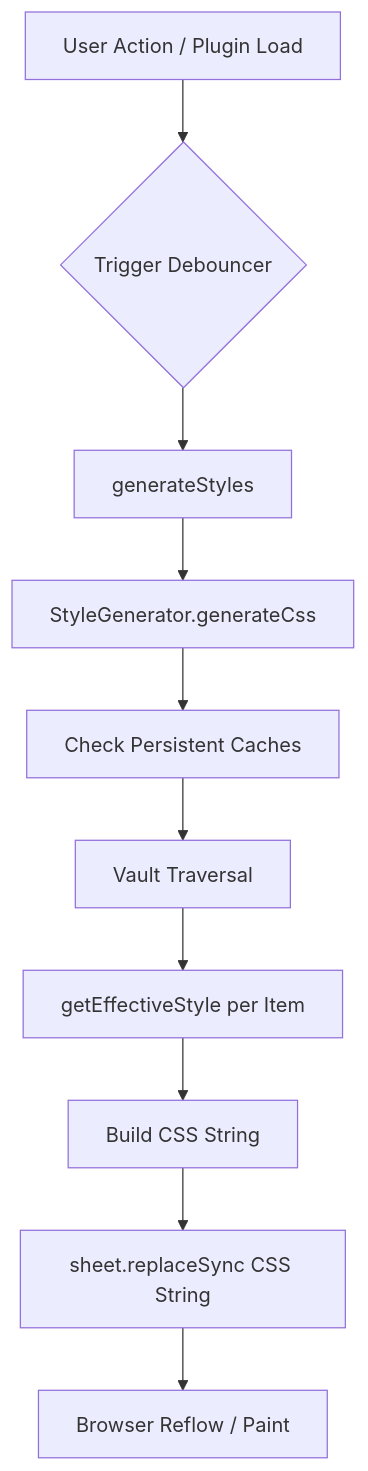
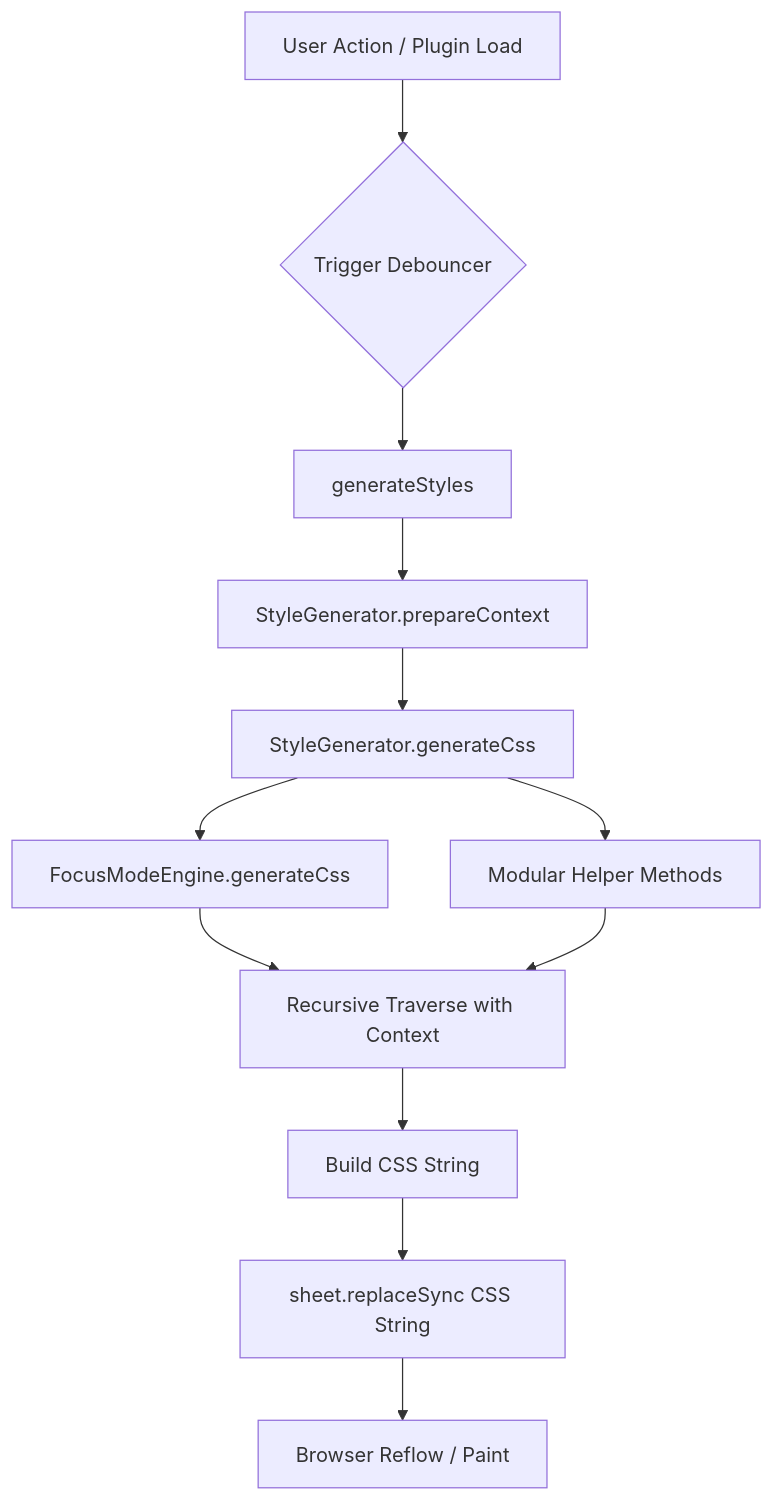
One commit to RohitNahar-Offical/colorful-folders-obsidian changed the first of 2 diagrams in docs/ARCHITECTURE.md. Above: the diagram before and after it, drawn with Mermaid. The commit also changed other lines of this file and 10 other files, not shown here.

Commit message:
Refactor: Focus Mode 3.0 Modular Redesign. Extracted FocusModeEngine and implemented Strict Spotlight.

````diff
--- a/docs/ARCHITECTURE.md
+++ b/docs/ARCHITECTURE.md
@@ -16,12 +16,14 @@
 ```mermaid
 graph TD
     A[User Action / Plugin Load] --> B{Trigger Debouncer}
     B --> C[generateStyles]
-    C --> D[StyleGenerator.generateCss]
-    D --> E[Check Persistent Caches]
-    E --> F[Vault Traversal]
-    F --> G[getEffectiveStyle per Item]
+    C --> D[StyleGenerator.prepareContext]
+    D --> E[StyleGenerator.generateCss]
+    E --> F1[FocusModeEngine.generateCss]
+    E --> F2[Modular Helper Methods]
+    F1 --> G[Recursive Traverse with Context]
+    F2 --> G
     G --> H[Build CSS String]
     H --> I[sheet.replaceSync CSS String]
     I --> J[Browser Reflow / Paint]
 ```
````
